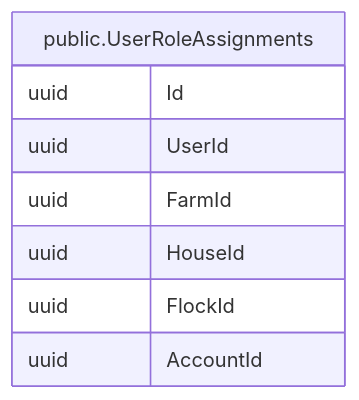
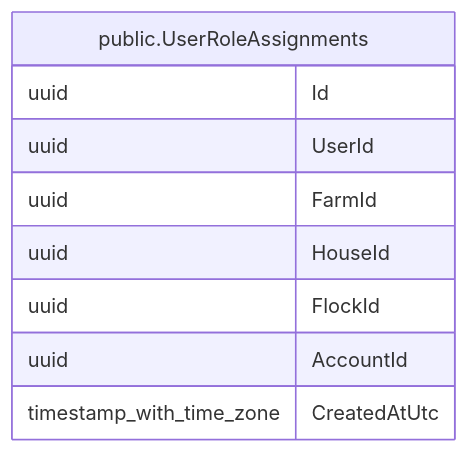
One commit to mforce/cluckwork changed the diagram in docs/schema/public.UserRoleAssignments.md. Above: the diagram before and after it, drawn with Mermaid. The commit also changed other lines of this file and 105 other files, not shown here.

````diff
--- a/docs/schema/public.UserRoleAssignments.md
+++ b/docs/schema/public.UserRoleAssignments.md
@@ -39,13 +47,14 @@
 ```mermaid
 erDiagram
 
 
 "public.UserRoleAssignments" {
   uuid Id
   uuid UserId
   uuid FarmId
   uuid HouseId
   uuid FlockId
   uuid AccountId
+  timestamp_with_time_zone CreatedAtUtc
 }
 ```
````
